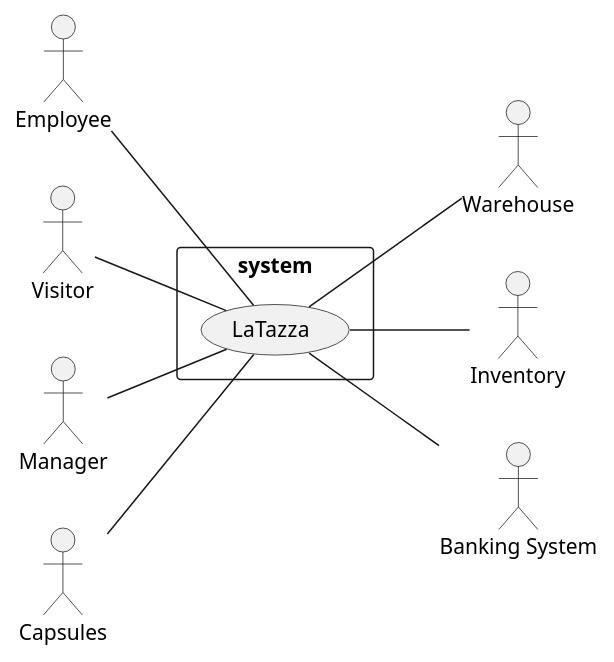
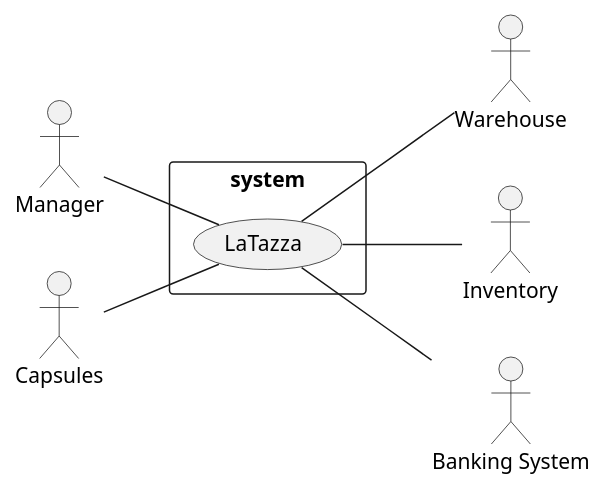
One commit to DarkSee/LaTazza changed the first of 2 diagrams in templates/RequirementsTemplate.md. Above: the diagram before and after it, drawn with PlantUML. The commit also changed other lines of this file, not shown here.

Commit message:
deleted visitors and employees in context diagram and interfaces

````diff
--- a/templates/RequirementsTemplate.md
+++ b/templates/RequirementsTemplate.md
@@ -47,23 +47,19 @@
 ```plantuml
 left to right direction
 skinparam packageStyle rectangle
 
-actor Employee as E
-actor Visitor as V
 actor Manager as M
 actor Warehouse as W
 actor Inventory as I
 actor "Banking System" as BS
 actor "Capsules" as C
 
 rectangle system {
   (LaTazza) as LT
    M -- LT
-   E -- LT
-   V -- LT
    LT -- I
    LT -- W
    LT -- BS
    C -- LT  
 }
 ```
````
